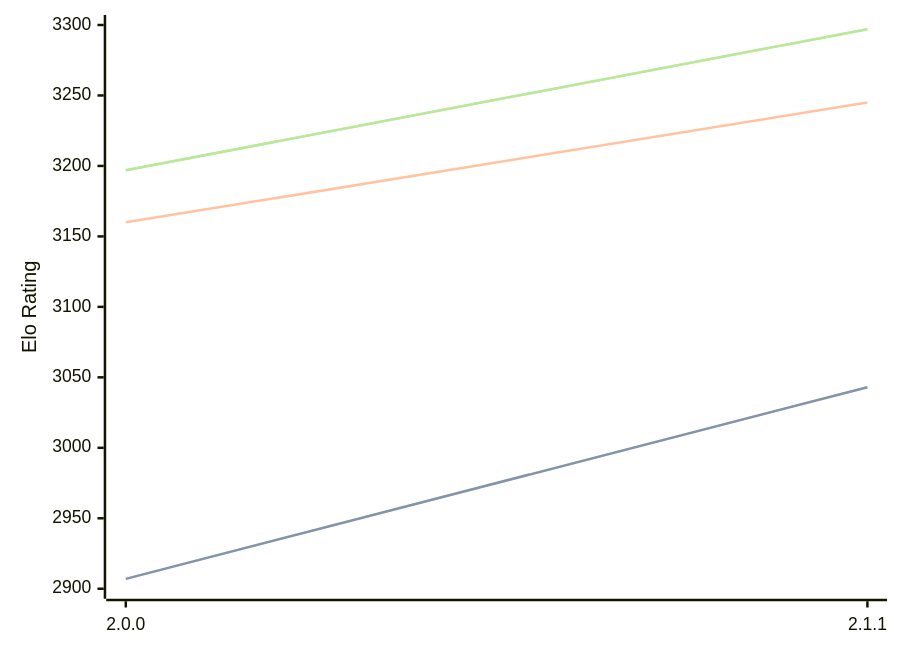
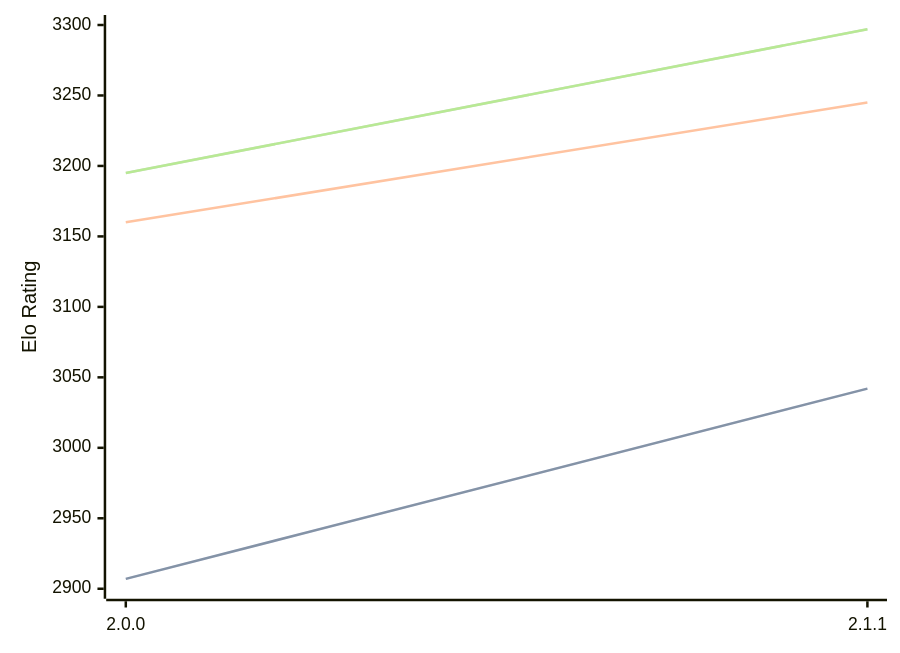
One commit to computer-chess-index/cci changed the diagram in engines/Bread.md. Above: the diagram before and after it, drawn with Mermaid. The commit also changed other lines of this file, not shown here.

Commit message:
Update CCI Ratings (ELO VLTC) - 2026-03-07

````diff
--- a/engines/Bread.md
+++ b/engines/Bread.md
@@ -48,11 +48,11 @@
 ```mermaid
 %%{init: {"theme":"base","themeVariables":{"seriesColors:['#a3a3a3','#222221','#faa371']}}}%%
 xychart-beta
   x-axis ["2.0.0", "2.1.1"]
   y-axis "Elo Rating" 2900 --> 3300
-  line "STC (8.0+0.08s)" [2907, 3043]
-  line "STC (8.0+0.08s)" [2907, 3043]
+  line "STC (8.0+0.08s)" [2907, 3042]
+  line "STC (8.0+0.08s)" [2907, 3042]
   line "LTC (60.0+0.60s)" [3160, 3245]
-  line "VLTC (2m24s+1.12s)" [3197, 3297]
-  line "VLTC (2m24s+1.12s)" [3197, 3297]
+  line "VLTC (2m24s+1.12s)" [3195, 3297]
+  line "VLTC (2m24s+1.12s)" [3195, 3297]
 ```
````
